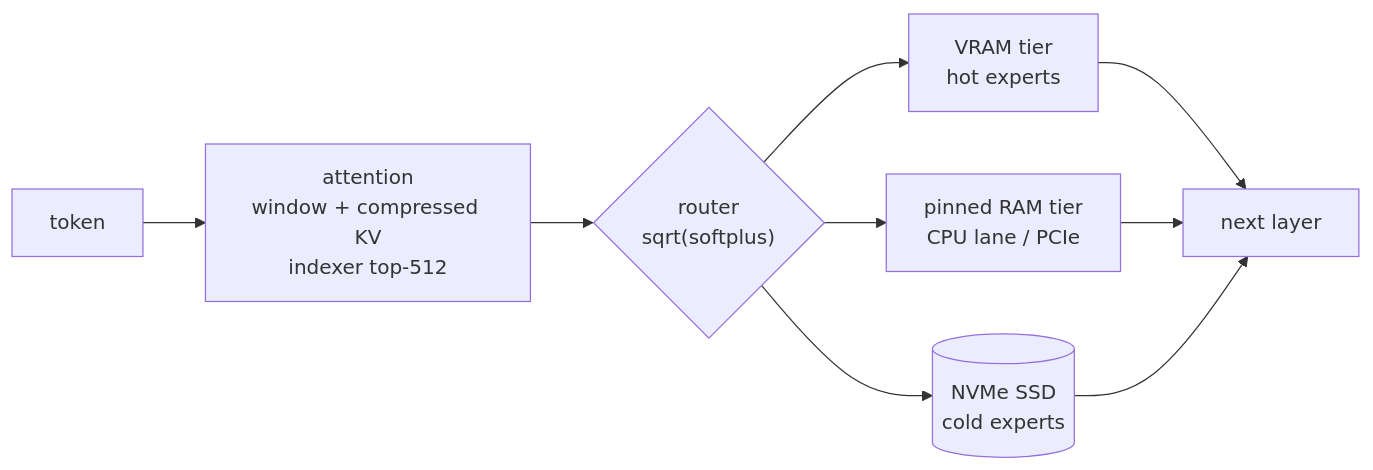
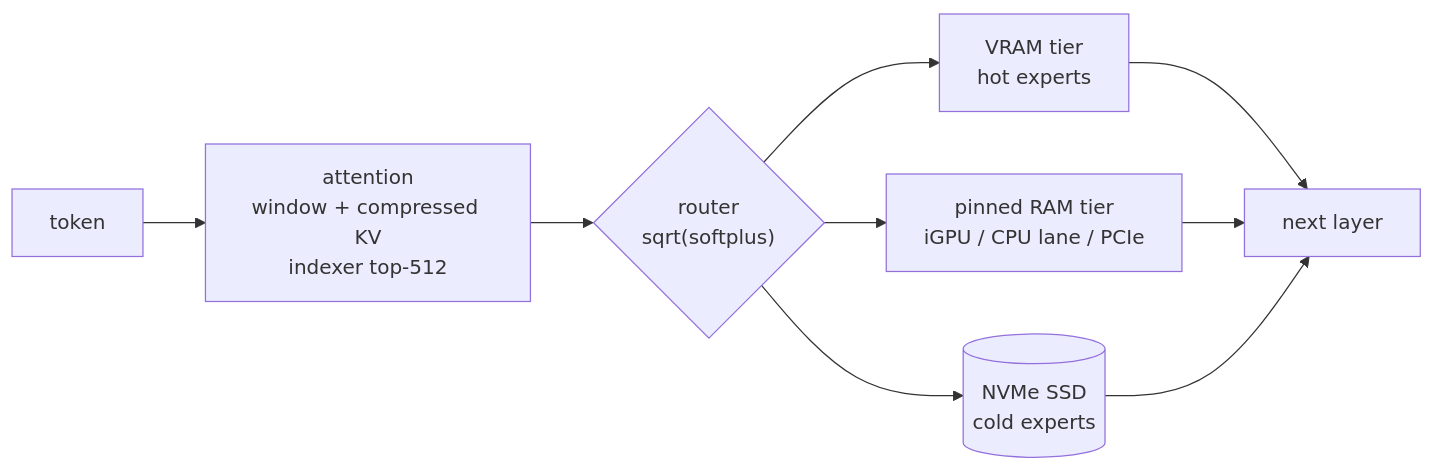
Before and after one commit to mylordmonkeyman/Abyss: the diagram in README.md, drawn with Mermaid. The commit also changed other lines of this file and 6 other files, not shown here.

````diff
--- a/README.md
+++ b/README.md
@@ -101,11 +131,11 @@
 ```mermaid
 flowchart LR
     T[token] --> A["attention<br/>window + compressed KV<br/>indexer top-512"]
     A --> R{"router<br/>sqrt(softplus)"}
     R --> V["VRAM tier<br/>hot experts"]
-    R --> P["pinned RAM tier<br/>CPU lane / PCIe"]
+    R --> P["pinned RAM tier<br/>iGPU / CPU lane / PCIe"]
     R --> D[("NVMe SSD<br/>cold experts")]
     V --> O[next layer]
     P --> O
     D --> O
 ```
````
